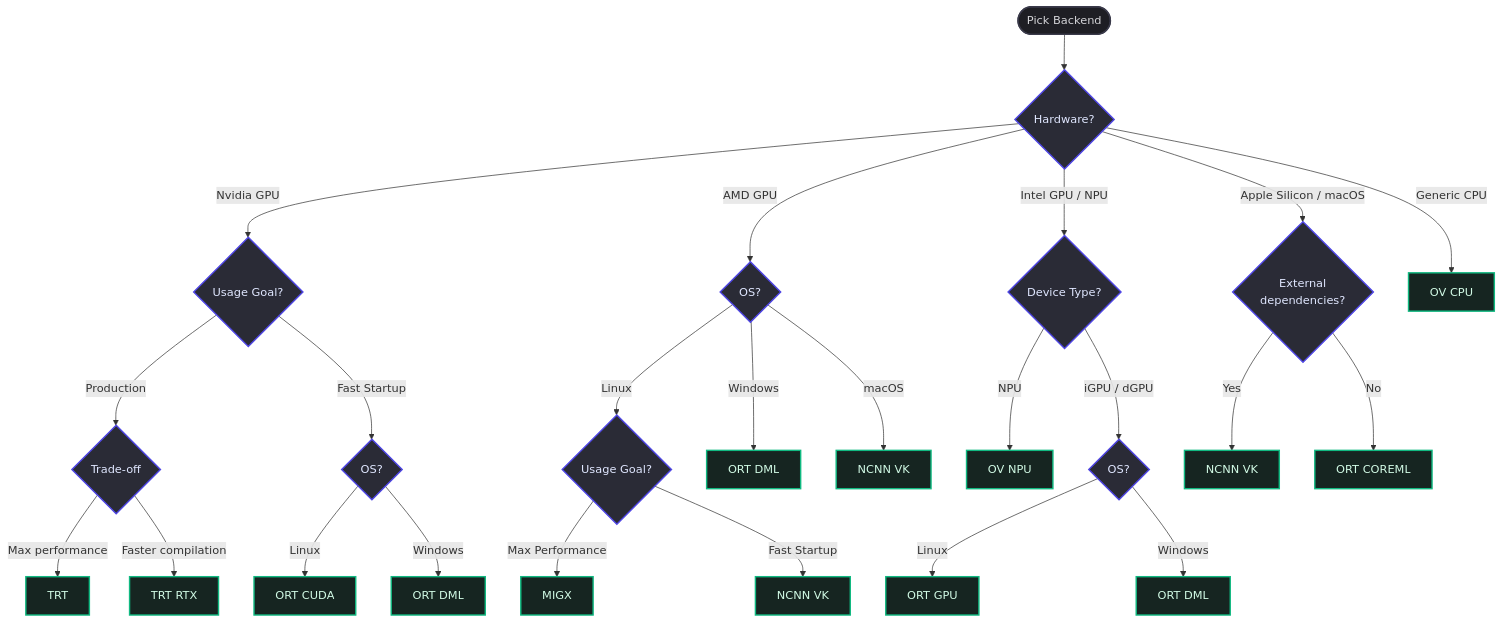
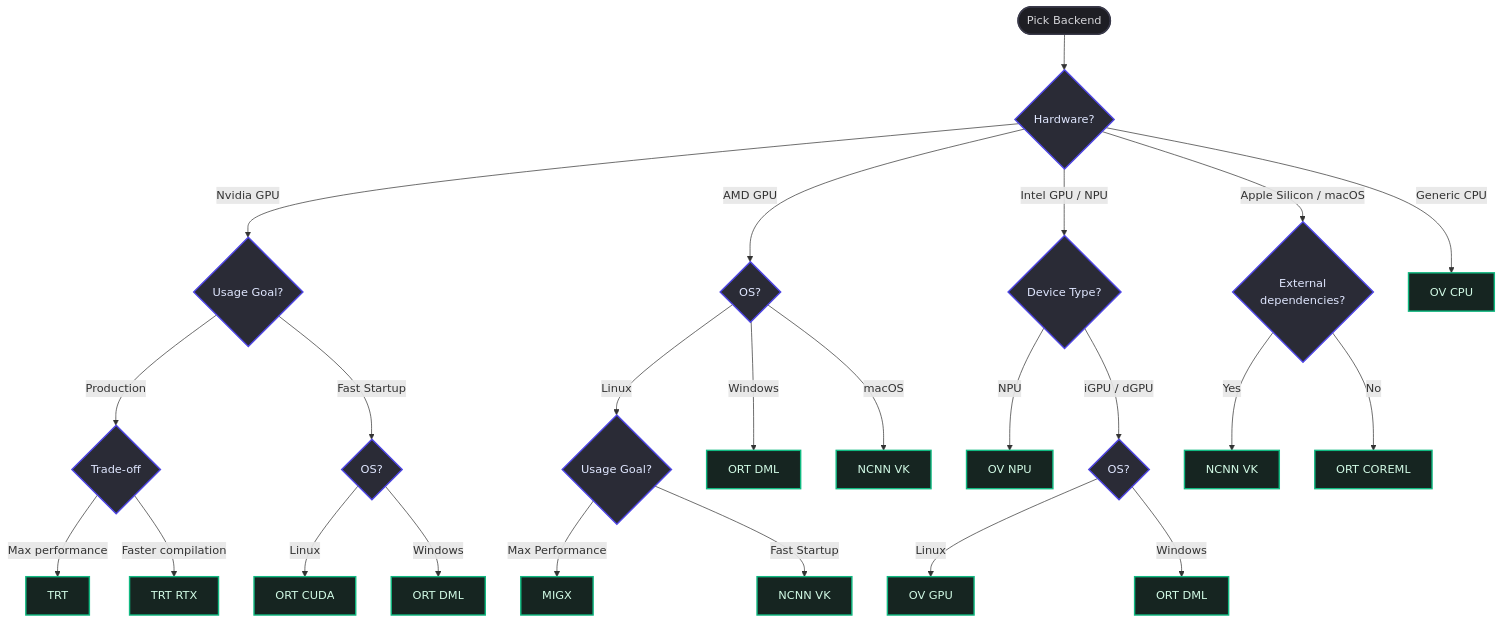
One commit to Jaded-Encoding-Thaumaturgy/vs-wheels changed the diagram in vsmlrt/README.md. Above: the diagram before and after it, drawn with Mermaid.

Commit message:
Fix recommended backend for Intel Linux

````diff
--- a/vsmlrt/README.md
+++ b/vsmlrt/README.md
@@ -26,43 +26,43 @@
 ```mermaid
 graph TD
     Start([Pick Backend]) --> HW{Hardware?}
 
     %% NVIDIA branch
     HW -->|Nvidia GPU| NV_Usage{Usage Goal?}
     NV_Usage -->|"Production"| NV_RTX{Trade-off}
     NV_Usage -->|"Fast Startup"| NV_OS{OS?}
     NV_RTX -->|Max performance| TRT["TRT"]
     NV_RTX -->|Faster compilation| TRT_RTX["TRT RTX"]
     NV_OS -->|Linux | NV_OS_linux["ORT CUDA"]
     NV_OS -->|Windows | NV_OS_win["ORT DML"]
 
     %% AMD branch
     HW -->|AMD GPU| AMD_OS{OS?}
     AMD_OS -->|Linux| AMD_Usage{Usage Goal?}
     AMD_Usage -->|Max Performance| MIGX["MIGX"]
     AMD_Usage -->|Fast Startup| NCNN_VK["NCNN VK"]
     AMD_OS -->|Windows| ORT_DML["ORT DML"]
     AMD_OS -->|macOS| NCNN_VK_mac["NCNN VK"]
 
     %% Intel branch
     HW -->|Intel GPU / NPU| Intel_Dev{Device Type?}
     Intel_Dev -->|NPU| OV_NPU["OV NPU"]
     Intel_Dev -->|iGPU / dGPU| Intel_OS{OS?}
-    Intel_OS -->|Linux| NCNN_VK_intel["ORT GPU"]
+    Intel_OS -->|Linux| NCNN_VK_intel["OV GPU"]
     Intel_OS -->|Windows| ORT_DML_intel["ORT DML"]
 
     %% Apple Silicon branch
     HW -->|Apple Silicon / macOS| Mac_Reqs{External\ndependencies?}
     Mac_Reqs -->|Yes| NCNN_VK_mac2["NCNN VK"]
     Mac_Reqs -->|No| ORT_COREML["ORT COREML"]
 
     %% Generic CPU branch
     HW -->|Generic CPU| OV_CPU_gen["OV CPU"]
 
     classDef default fill:#1e1e24,stroke:#3a3a4a,stroke-width:2px,color:#d4d4d8;
     classDef decision fill:#2a2b36,stroke:#4f46e5,stroke-width:2px,color:#e0e7ff;
     classDef choice fill:#162521,stroke:#10b981,stroke-width:2px,color:#d1fae5;
 
     class HW,NV_Usage,NV_OS,NV_RTX,AMD_OS,AMD_Usage,Intel_Dev,Intel_Usage,Mac_Usage,Intel_OS,Mac_Reqs,CPU_Platform decision;
     class TRT_RTX,TRT,ORT_CUDA,NV_OS_win,MIGX,NV_OS_linux,NCNN_VK,NCNN_VK_intel,ORT_DML_intel,ORT_DML,OV_NPU,OV_GPU,OV_CPU,ORT_COREML,NCNN_VK_mac2,NCNN_VK_mac,OV_CPU_gen,ORT_CPU choice;
 ```
````
